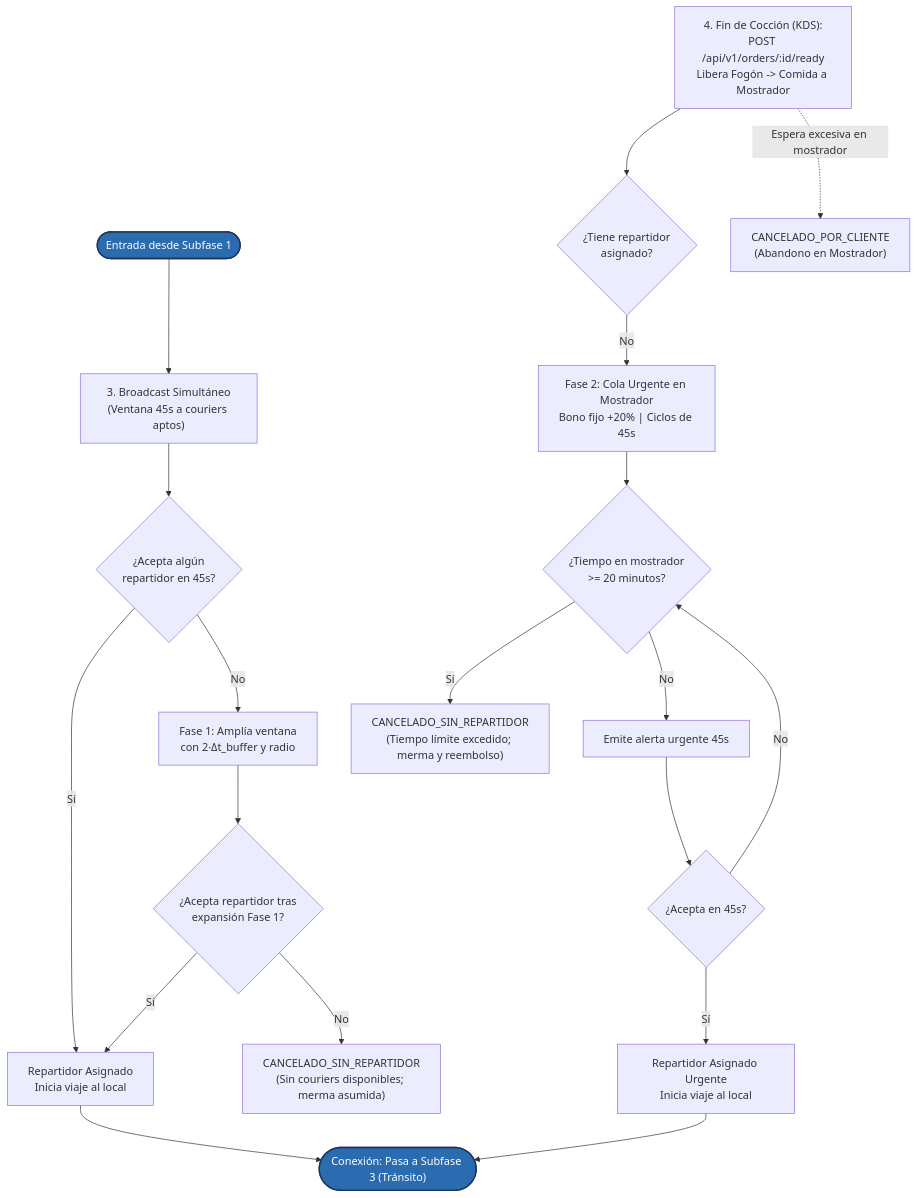
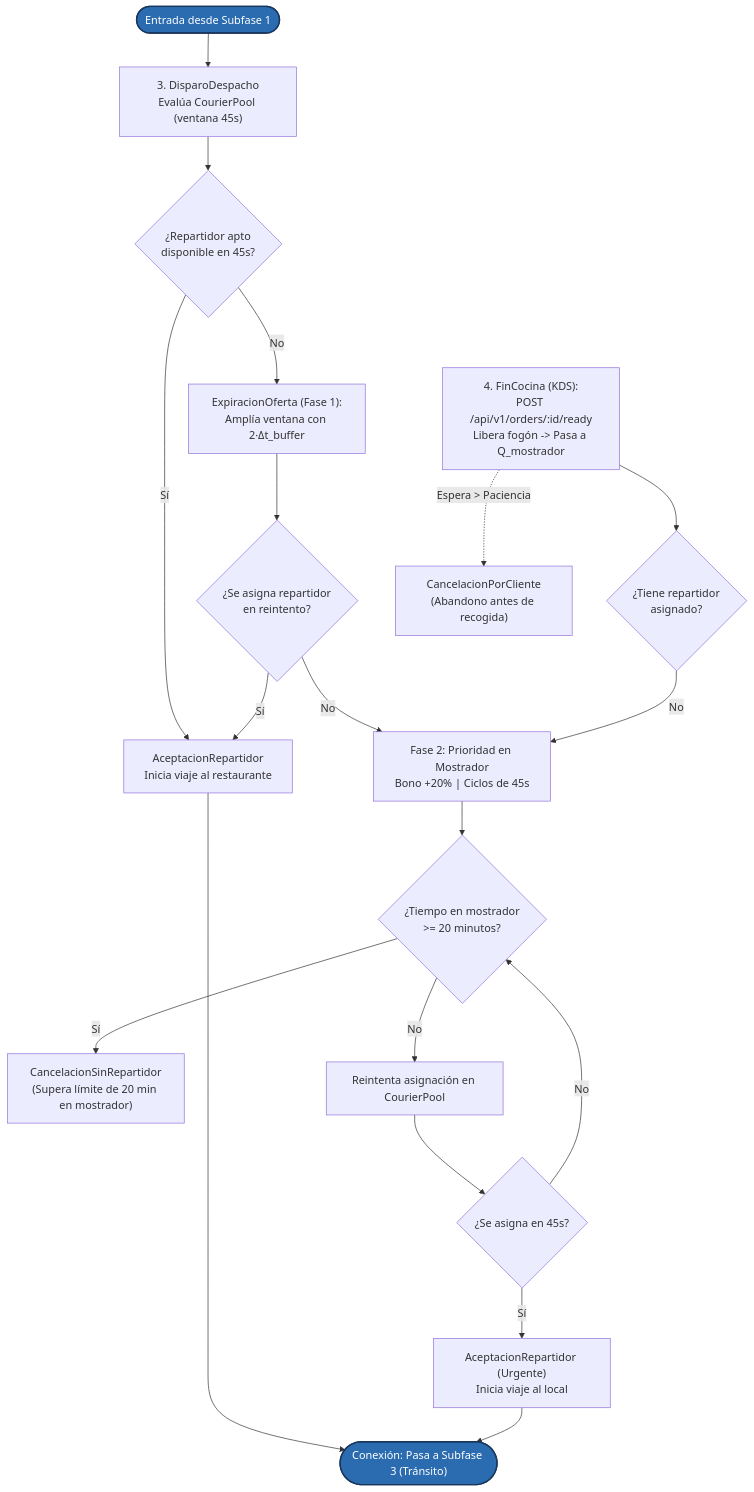
Before and after one commit to Juancho432/quickdelivery-sim: the fourth of 6 diagrams in docs/Planteamiento_Proyecto.md, drawn with Mermaid. The commit also changed other lines of this file and 3 other files, not shown here.

````diff
--- a/docs/Planteamiento_Proyecto.md
+++ b/docs/Planteamiento_Proyecto.md
@@ -383,25 +364,25 @@
 ```mermaid
 flowchart TD
-    IN_B(["Entrada desde Subfase 1"]):::sublink --> BROADCAST["3. Broadcast Simultáneo\n(Ventana 45s a couriers aptos)"]
-    BROADCAST --> ACC{"¿Acepta algún\nrepartidor en 45s?"}
-    ACC -- Sí --> ASIG["Repartidor Asignado\nInicia viaje al local"]
-    ACC -- No --> ESC1["Fase 1: Amplía ventana\ncon 2·Δt_buffer y radio"]
-    ESC1 --> ACC_ESC{"¿Acepta repartidor tras\nexpansión Fase 1?"}
+    IN_B(["Entrada desde Subfase 1"]):::sublink --> BROADCAST["3. DisparoDespacho\nEvalúa CourierPool (ventana 45s)"]
+    BROADCAST --> ACC{"¿Repartidor apto\ndisponible en 45s?"}
+    ACC -- Sí --> ASIG["AceptacionRepartidor\nInicia viaje al restaurante"]
+    ACC -- No --> ESC1["ExpiracionOferta (Fase 1):\nAmplía ventana con 2·Δt_buffer"]
+    ESC1 --> ACC_ESC{"¿Se asigna repartidor\nen reintento?"}
     ACC_ESC -- Sí --> ASIG
-    ACC_ESC -- No --> MERMA1["CANCELADO_SIN_REPARTIDOR\n(Sin couriers disponibles; merma asumida)"]
+    ACC_ESC -- No --> URG
 
-    P4["4. Fin de Cocción (KDS):\nPOST /api/v1/orders/:id/ready\nLibera Fogón -> Comida a Mostrador"] --> CHK_ASIG{"¿Tiene repartidor\nasignado?"}
-    CHK_ASIG -- No --> URG["Fase 2: Cola Urgente en Mostrador\nBono fijo +20% | Ciclos de 45s"]
+    P4["4. FinCocina (KDS):\nPOST /api/v1/orders/:id/ready\nLibera fogón -> Pasa a Q_mostrador"] --> CHK_ASIG{"¿Tiene repartidor\nasignado?"}
+    CHK_ASIG -- No --> URG["Fase 2: Prioridad en Mostrador\nBono +20% | Ciclos de 45s"]
     URG --> CHK_LIMBO{"¿Tiempo en mostrador\n>= 20 minutos?"}
-    CHK_LIMBO -- Sí --> MERMA2["CANCELADO_SIN_REPARTIDOR\n(Tiempo límite excedido; merma y reembolso)"]
-    CHK_LIMBO -- No --> OFERTA_URG["Emite alerta urgente 45s"]
-    OFERTA_URG --> ACC_URG{"¿Acepta en 45s?"}
+    CHK_LIMBO -- Sí --> MERMA2["CancelacionSinRepartidor\n(Supera límite de 20 min en mostrador)"]
+    CHK_LIMBO -- No --> OFERTA_URG["Reintenta asignación en CourierPool"]
+    OFERTA_URG --> ACC_URG{"¿Se asigna en 45s?"}
     ACC_URG -- No --> CHK_LIMBO
-    ACC_URG -- Sí --> ASIG_URG["Repartidor Asignado Urgente\nInicia viaje al local"]
-    P4 -.->|Espera excesiva en mostrador| CANC_MOS["CANCELADO_POR_CLIENTE\n(Abandono en Mostrador)"]
+    ACC_URG -- Sí --> ASIG_URG["AceptacionRepartidor (Urgente)\nInicia viaje al local"]
+    P4 -.->|Espera > Paciencia| CANC_MOS["CancelacionPorCliente\n(Abandono antes de recogida)"]
 
     ASIG --> FASE_C(["Conexión: Pasa a Subfase 3 (Tránsito)"]):::sublink
     ASIG_URG --> FASE_C
 
     classDef sublink fill:#2b6cb0,stroke:#1a365d,stroke-width:2px,color:#fff;
 ```
````
